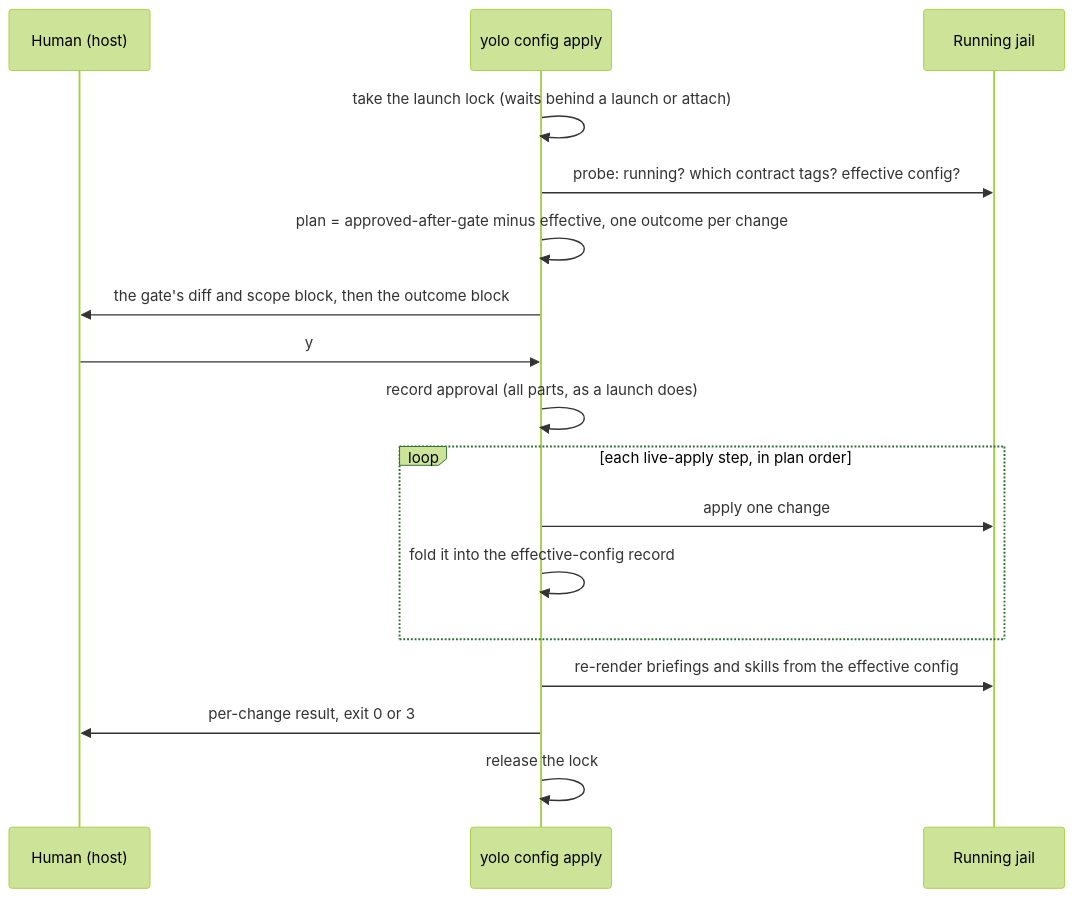
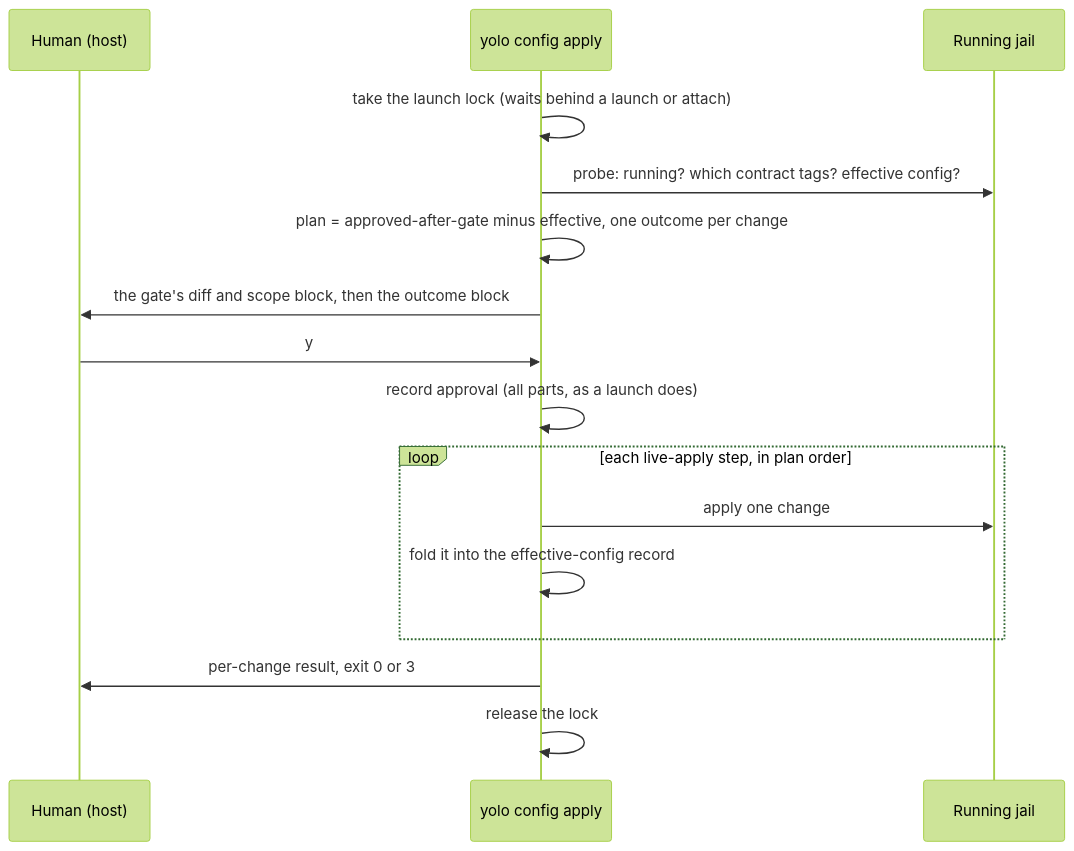
Before and after one commit to kurt-hs/yolo-jail: the diagram in docs/design/live-config-apply.md, drawn with Mermaid (forest theme). The commit also changed other lines of this file and 3 other files, not shown here.

````diff
--- a/docs/design/live-config-apply.md
+++ b/docs/design/live-config-apply.md
@@ -139,19 +139,18 @@
 ```mermaid
 sequenceDiagram
     participant H as Human (host)
     participant C as yolo config apply
     participant J as Running jail
     C->>C: take the launch lock (waits behind a launch or attach)
     C->>J: probe: running? which contract tags? effective config?
     C->>C: plan = approved-after-gate minus effective, one outcome per change
     C->>H: the gate's diff and scope block, then the outcome block
     H->>C: y
     C->>C: record approval (all parts, as a launch does)
     loop each live-apply step, in plan order
         C->>J: apply one change
         C->>C: fold it into the effective-config record
     end
-    C->>J: re-render briefings and skills from the effective config
     C->>H: per-change result, exit 0 or 3
     C->>C: release the lock
 ```
````
